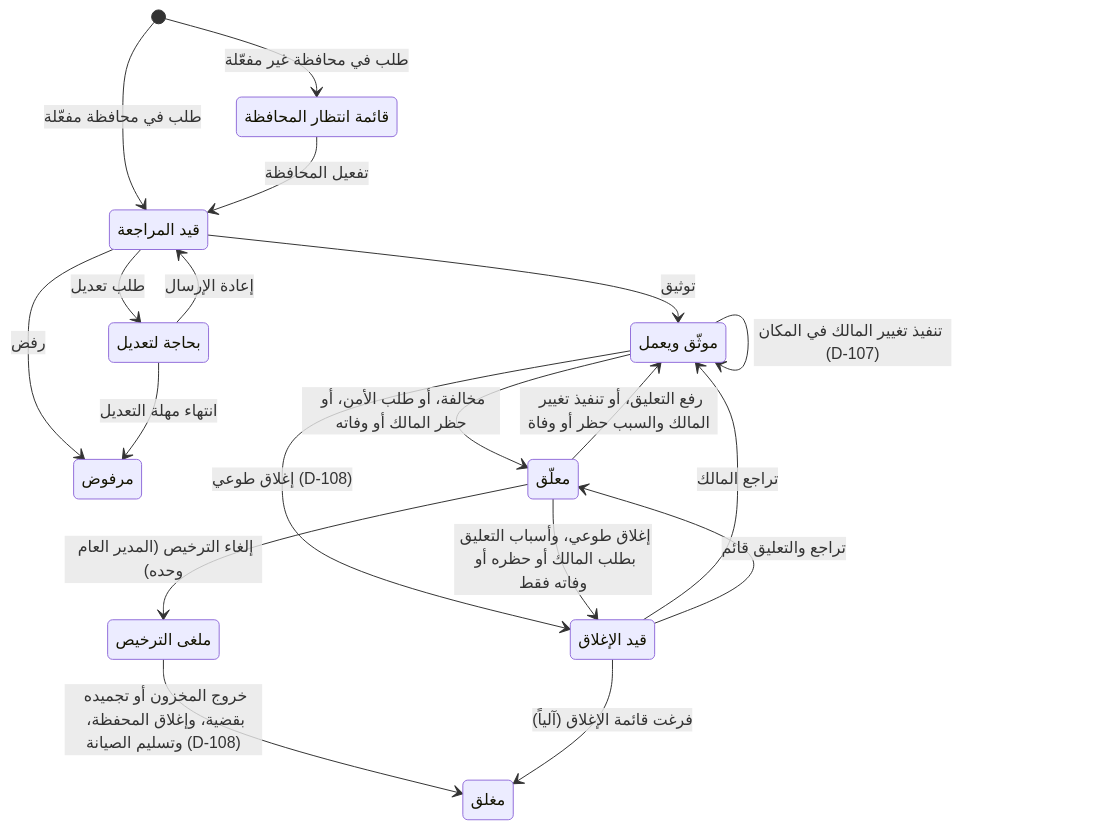
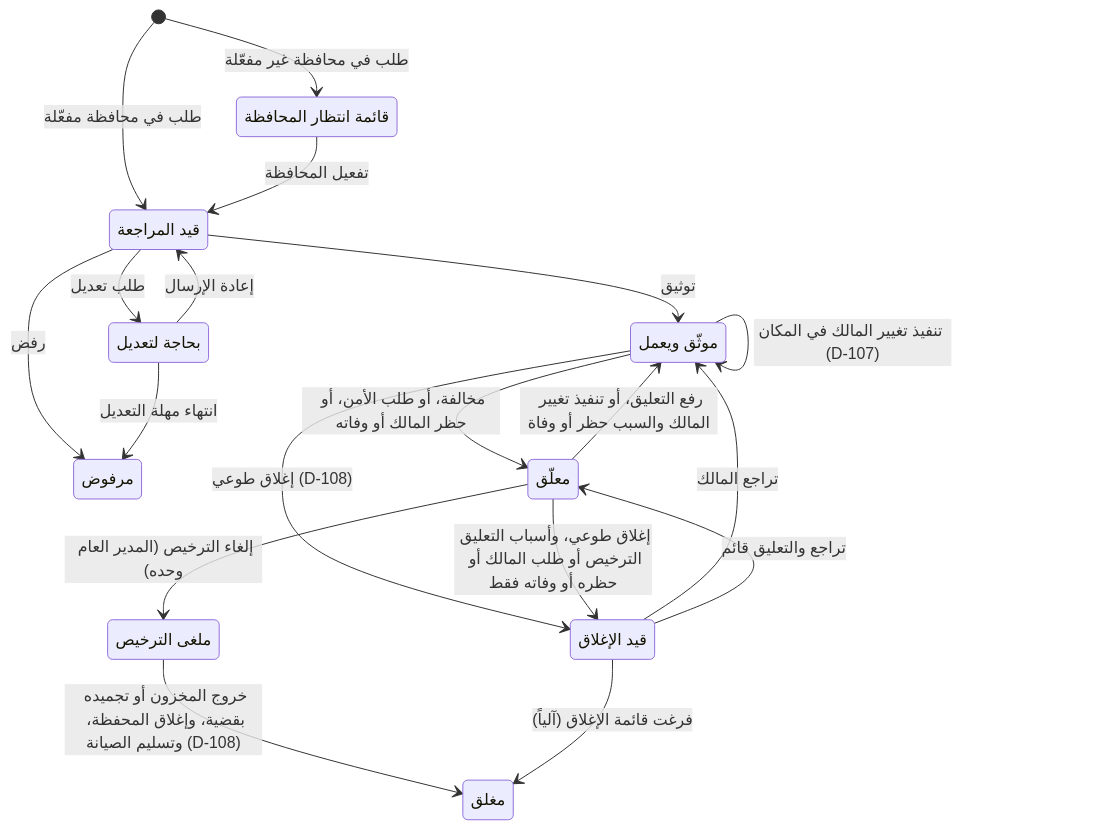
Before and after one commit to servacode/imei: the sixth of 11 diagrams in docs/14-operational-lifecycle.md, drawn with Mermaid. The commit also changed other lines of this file and 16 other files, not shown here.

````diff
--- a/docs/14-operational-lifecycle.md
+++ b/docs/14-operational-lifecycle.md
@@ -231,30 +232,30 @@
 ```mermaid
 stateDiagram-v2
     state "قائمة انتظار المحافظة" as Waitlisted
     state "قيد المراجعة" as Review
     state "بحاجة لتعديل" as Fix
     state "مرفوض" as Rejected
     state "موثّق ويعمل" as Active
     state "معلّق" as Suspended
     state "ملغى الترخيص" as Revoked
     state "قيد الإغلاق" as Closing
     state "مغلق" as Closed
     [*] --> Review: طلب في محافظة مفعّلة
     [*] --> Waitlisted: طلب في محافظة غير مفعّلة
     Waitlisted --> Review: تفعيل المحافظة
     Review --> Fix: طلب تعديل
     Fix --> Review: إعادة الإرسال
     Review --> Rejected: رفض
     Fix --> Rejected: انتهاء مهلة التعديل
     Review --> Active: توثيق
     Active --> Active: تنفيذ تغيير المالك في المكان (D-107)
     Active --> Suspended: مخالفة، أو طلب الأمن، أو حظر المالك أو وفاته
     Suspended --> Active: رفع التعليق، أو تنفيذ تغيير المالك والسبب حظر أو وفاة
     Suspended --> Revoked: إلغاء الترخيص (المدير العام وحده)
     Revoked --> Closed: خروج المخزون أو تجميده بقضية، وإغلاق المحفظة، وتسليم الصيانة (D-108)
     Active --> Closing: إغلاق طوعي (D-108)
-    Suspended --> Closing: إغلاق طوعي، وأسباب التعليق بطلب المالك أو حظره أو وفاته فقط
+    Suspended --> Closing: إغلاق طوعي، وأسباب التعليق الترخيص أو طلب المالك أو حظره أو وفاته فقط
     Closing --> Active: تراجع المالك
     Closing --> Suspended: تراجع والتعليق قائم
     Closing --> Closed: فرغت قائمة الإغلاق (آلياً)
 ```
````
